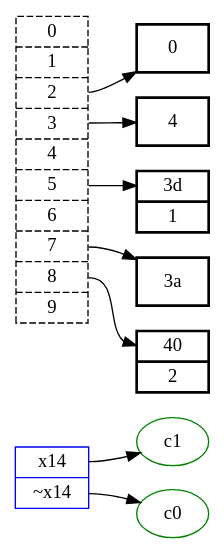
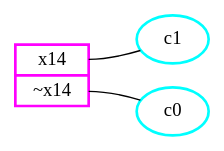
One commit to claytonkb/sat_tools changed the diagram in work/test.dot. Above: the diagram before and after it, drawn with Graphviz. The commit also changed 2 other files, not shown here.

```diff
--- a/work/test.dot
+++ b/work/test.dot
@@ -1,30 +1,31 @@
-digraph babel {
+graph babel {
+
     node [shape=record];
     graph [rankdir = "LR"];
 
-    c0 [shape=oval,color=green]
-    c1 [shape=oval,color=green]
-    foo [shape=record,color=blue,label="<f0> x14|<f1> ~x14"]
-    foo:f0 -> c1
-    foo:f1 -> c0
+    c0 [style=bold,shape=oval,color=cyan]
+    c1 [style=bold,shape=oval,color=cyan]
+    foo [style=bold,shape=record,color=magenta,label="<f0> x14|<f1> ~x14"]
+    foo:f0 -- c1
+    foo:f1 -- c0
 
-    "s3631fe98" [shape=record,label="<f0> 0|<f1> 1|<f2> 2|<f3> 3|<f4> 4|<f5> 5|<f6> 6|<f7> 7|<f8> 8|<f9> 9",style="dashed"];
-    "s3631fe98":f2 -> "s363241a8":f0;
-
-//    foo [style=bold,shape=box,color=blue];
-//    "s3631fe98":f2 -> foo;
+//    "s3631fe98" [shape=record,label="<f0> 0|<f1> 1|<f2> 2|<f3> 3|<f4> 4|<f5> 5|<f6> 6|<f7> 7|<f8> 8|<f9> 9",style="dashed"];
+//    "s3631fe98":f2 -> "s363241a8":f0;
 //
-//    bar [style=bold,shape=oval,color=red];
-//    "s3631fe98":f2 -> bar;
-
-    s363241a8 [style=bold,shape=record,label="<f0> 0"];
-    "s3631fe98":f3 -> "s363241c8":f0;
-
-    s363241c8 [style=bold,shape=record,label="<f0> 4"];
-    "s3631fe98":f5 -> "s363241e8":f0;
-    s363241e8 [style=bold,shape=record,label="<f0> 3d|<f1> 1"];
-    "s3631fe98":f7 -> "s36324208":f0;
-    s36324208 [style=bold,shape=record,label="<f0> 3a"];
-    "s3631fe98":f8 -> "s36324228":f0;
-    s36324228 [style=bold,shape=record,label="<f0> 40|<f1> 2"];
+////    foo [style=bold,shape=box,color=blue];
+////    "s3631fe98":f2 -> foo;
+////
+////    bar [style=bold,shape=oval,color=red];
+////    "s3631fe98":f2 -> bar;
+//
+//    s363241a8 [style=bold,shape=record,label="<f0> 0"];
+//    "s3631fe98":f3 -> "s363241c8":f0;
+//
+//    s363241c8 [style=bold,shape=record,label="<f0> 4"];
+//    "s3631fe98":f5 -> "s363241e8":f0;
+//    s363241e8 [style=bold,shape=record,label="<f0> 3d|<f1> 1"];
+//    "s3631fe98":f7 -> "s36324208":f0;
+//    s36324208 [style=bold,shape=record,label="<f0> 3a"];
+//    "s3631fe98":f8 -> "s36324228":f0;
+//    s36324228 [style=bold,shape=record,label="<f0> 40|<f1> 2"];
 }
```
